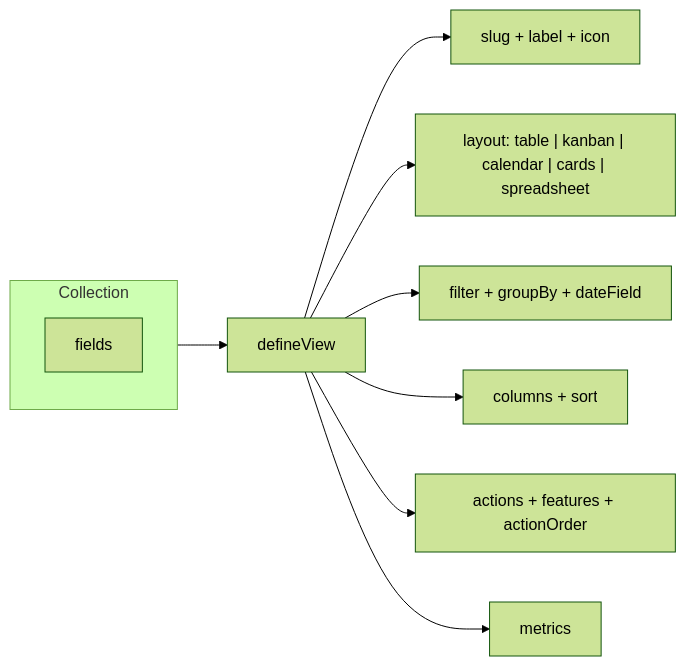
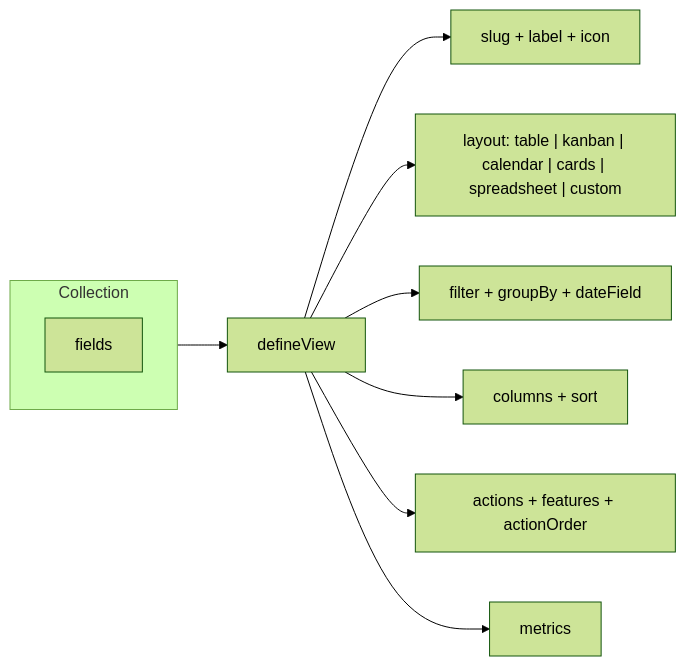
One commit to Dyrected/dyrected changed the diagram in apps/docs/content/docs/model-content/operational-views/define-view.mdx. Above: the diagram before and after it, drawn with Mermaid (forest theme). The commit also changed other lines of this file and 14 other files, not shown here.

````diff
--- a/apps/docs/content/docs/model-content/operational-views/define-view.mdx
+++ b/apps/docs/content/docs/model-content/operational-views/define-view.mdx
@@ -12,14 +12,14 @@
 ```mermaid
 flowchart LR
     subgraph Collection[Collection]
       F[fields]
     end
     V[defineView]
     V --> S["slug + label + icon"]
-    V --> L["layout: table | kanban | calendar | cards | spreadsheet"]
+    V --> L["layout: table | kanban | calendar | cards | spreadsheet | custom"]
     V --> Q["filter + groupBy + dateField"]
     V --> C["columns + sort"]
     V --> A["actions + features + actionOrder"]
     V --> M["metrics"]
     Collection --> V
 ```
````
